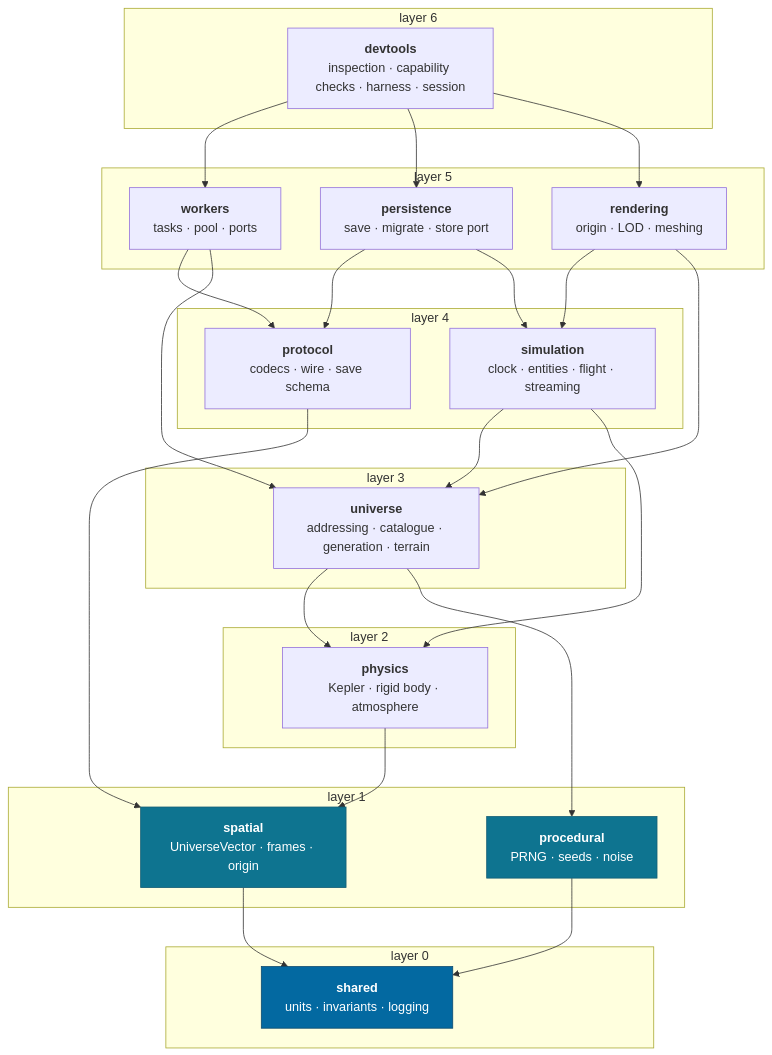
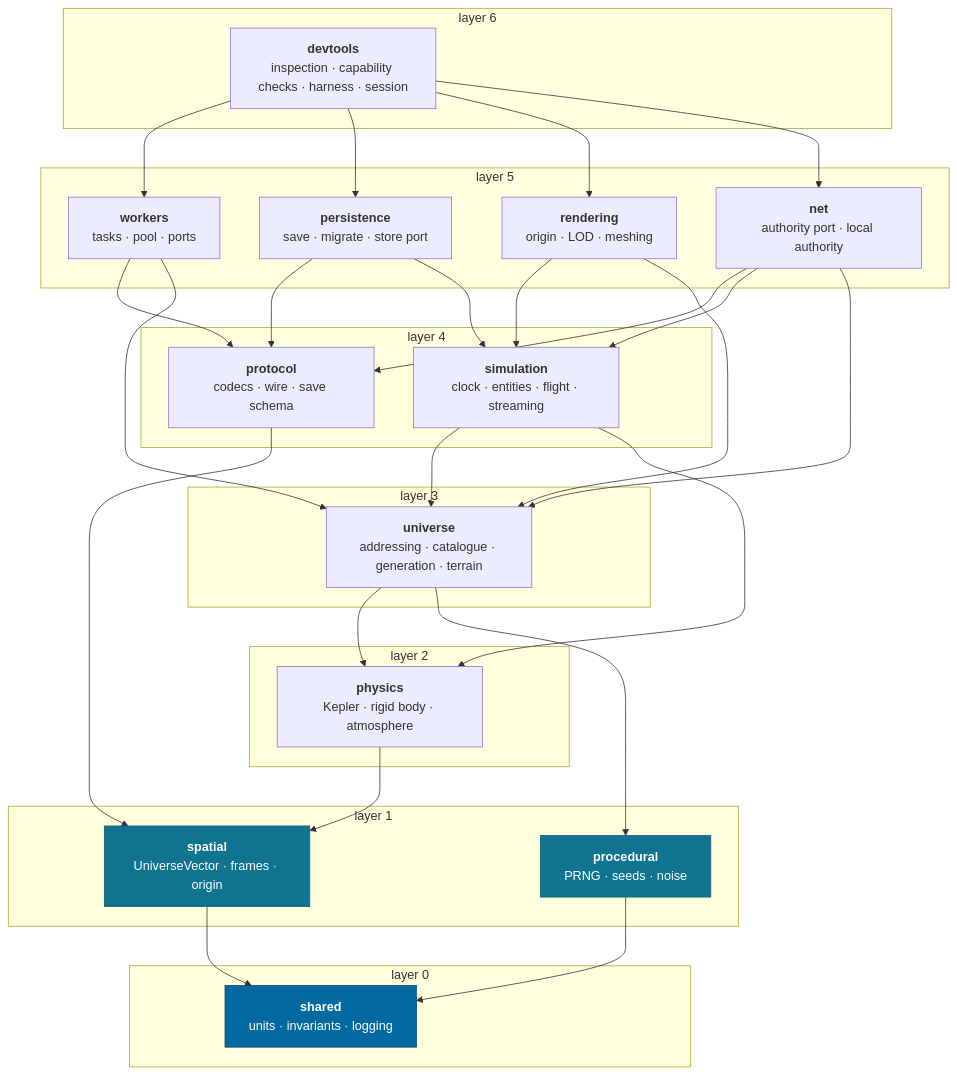
One commit to jonjaques/inertialref changed the second of 6 diagrams in docs/architecture.md. Above: the diagram before and after it, drawn with Mermaid. The commit also changed other lines of this file and 53 other files, not shown here.

First line of the commit message:
feat(server): host the client, and put the authority behind a port

````diff
--- a/docs/architecture.md
+++ b/docs/architecture.md
@@ -37,43 +37,45 @@
 ```mermaid
 flowchart TB
     subgraph L6["layer 6"]
         DEV["<b>devtools</b><br/>inspection · capability checks · harness · session"]
     end
     subgraph L5["layer 5"]
         WRK["<b>workers</b><br/>tasks · pool · ports"]
         PER["<b>persistence</b><br/>save · migrate · store port"]
         REN["<b>rendering</b><br/>origin · LOD · meshing"]
+        NET["<b>net</b><br/>authority port · local authority"]
     end
     subgraph L4["layer 4"]
         SIM["<b>simulation</b><br/>clock · entities · flight · streaming"]
         PRO["<b>protocol</b><br/>codecs · wire · save schema"]
     end
     subgraph L3["layer 3"]
         UNI["<b>universe</b><br/>addressing · catalogue · generation · terrain"]
     end
     subgraph L2["layer 2"]
         PHY["<b>physics</b><br/>Kepler · rigid body · atmosphere"]
     end
     subgraph L1["layer 1"]
         SPA["<b>spatial</b><br/>UniverseVector · frames · origin"]
         PCD["<b>procedural</b><br/>PRNG · seeds · noise"]
     end
     subgraph L0["layer 0"]
         SHR["<b>shared</b><br/>units · invariants · logging"]
     end
 
-    DEV --> WRK & PER & REN
+    DEV --> WRK & PER & REN & NET
     WRK --> PRO & UNI
     PER --> PRO & SIM
+    NET --> PRO & SIM & UNI
     REN --> SIM & UNI
     SIM --> UNI & PHY
     PRO --> SPA
     UNI --> PHY & PCD
     PHY --> SPA
     SPA --> SHR
     PCD --> SHR
 
     style SHR fill:#0369a1,stroke:#0c4a6e,color:#fff
     style SPA fill:#0e7490,stroke:#155e75,color:#fff
     style PCD fill:#0e7490,stroke:#155e75,color:#fff
 ```
````
